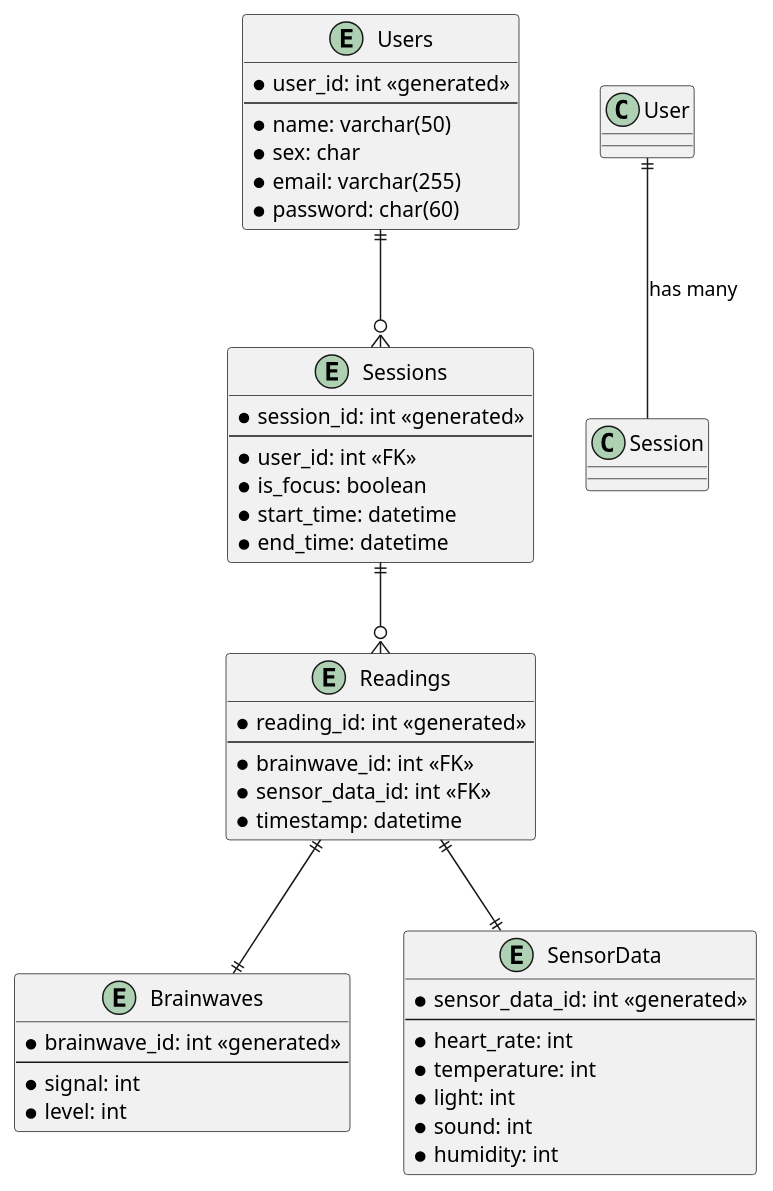
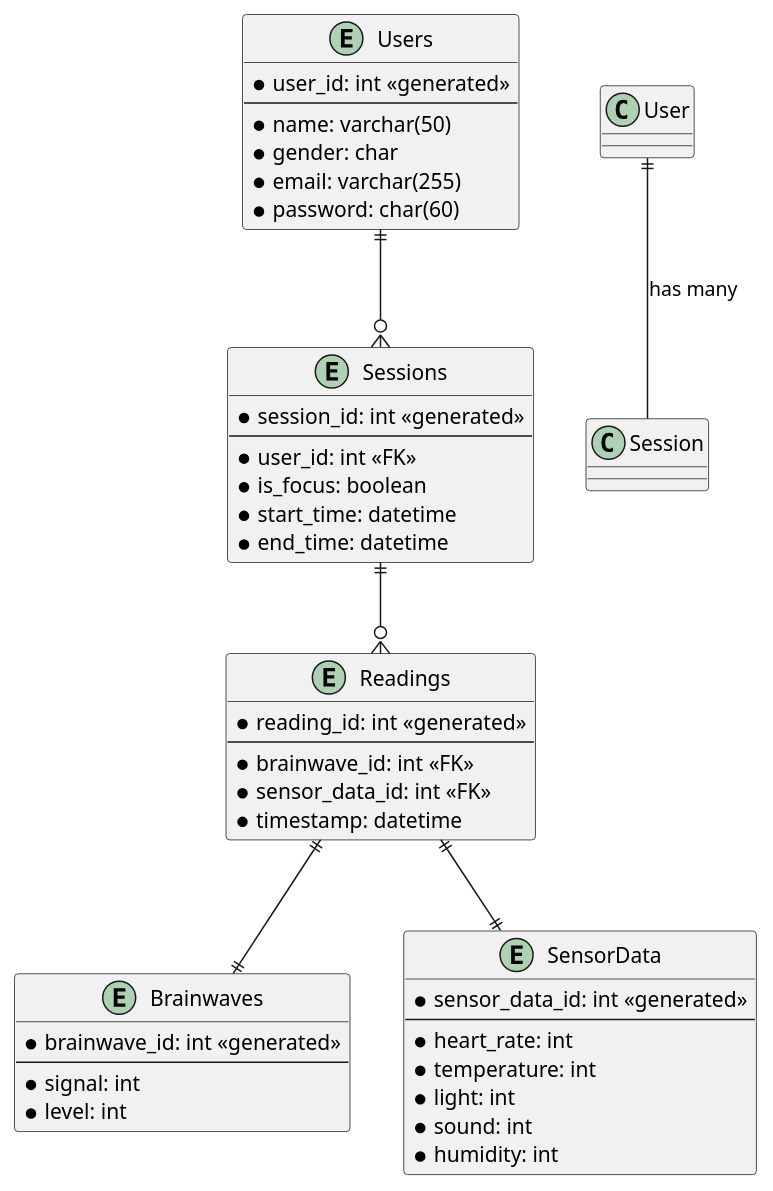
Before and after one commit to Seifeldin-Sabry/Eirene: the diagram in plantuml/erd-model.puml, drawn with PlantUML. The commit also changed 13 other files, not shown here.

Commit message:
chore: changed sex to gender

```diff
--- a/plantuml/erd-model.puml
+++ b/plantuml/erd-model.puml
@@ -1,51 +1,51 @@
 @startuml
 entity Users {
   * user_id: int <<generated>>
   --
   * name: varchar(50)
-  * sex: char
+  * gender: char
   * email: varchar(255)
   * password: char(60)
 }
 
 entity Sessions {
   * session_id: int <<generated>>
   --
   * user_id: int <<FK>>
   * is_focus: boolean
   * start_time: datetime
   * end_time: datetime
 }
 
 entity Brainwaves {
   * brainwave_id: int <<generated>>
   --
   * signal: int
   * level: int
 }
 
 entity SensorData {
   * sensor_data_id: int <<generated>>
   --
   * heart_rate: int
   * temperature: int
   * light: int
   * sound: int
   * humidity: int
 }
 
 entity Readings {
   * reading_id: int <<generated>>
   --
   * brainwave_id: int <<FK>>
   * sensor_data_id: int <<FK>>
   * timestamp: datetime
 }
 
 Users ||--o{ Sessions
 Sessions ||--o{ Readings
 Readings ||--|| Brainwaves
 Readings ||--|| SensorData
 
 User ||--Session: has many
 @enduml
```
